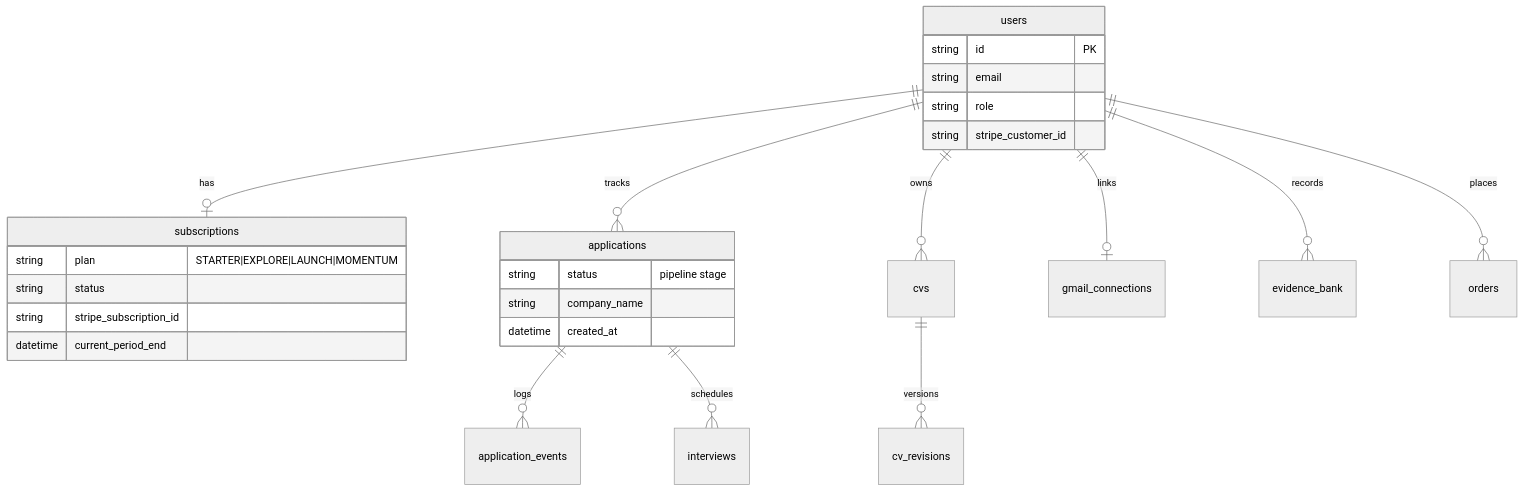
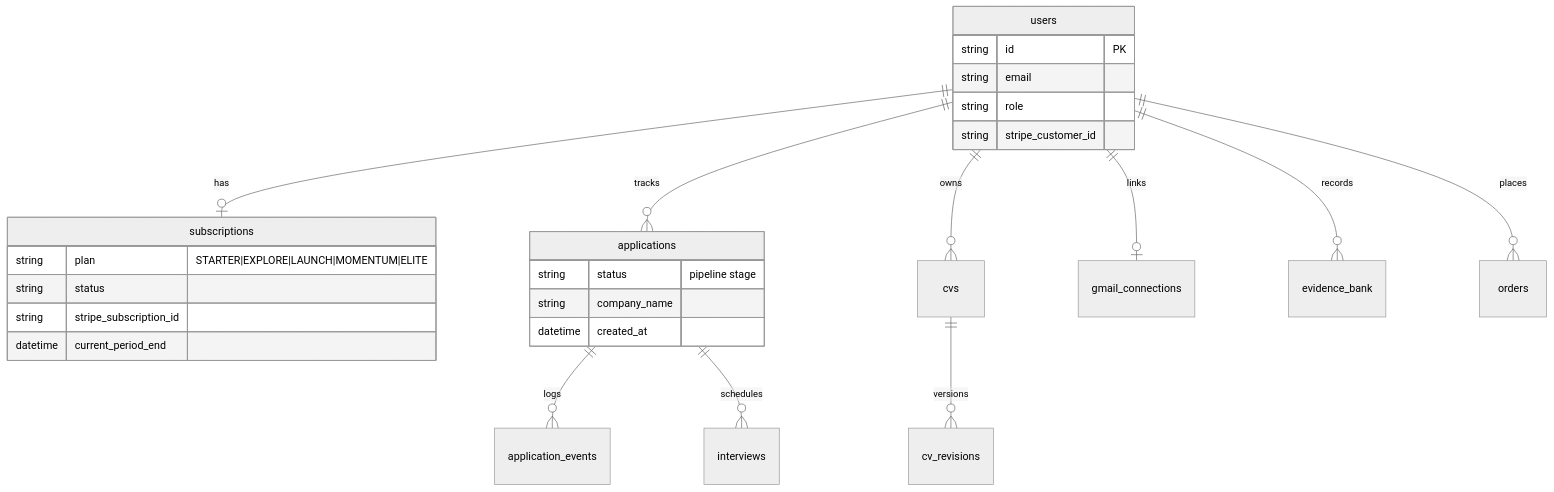
One commit to Samiksha-sudo/Campus_to_corporate changed the fifth of 5 diagrams in README.md. Above: the diagram before and after it, drawn with Mermaid (neutral theme). The commit also changed other lines of this file and 35 other files, not shown here.

````diff
--- a/README.md
+++ b/README.md
@@ -136,29 +139,29 @@
 ```mermaid
 erDiagram
     users ||--o| subscriptions : has
     users ||--o{ applications : tracks
     users ||--o{ cvs : owns
     users ||--o| gmail_connections : links
     users ||--o{ evidence_bank : records
     users ||--o{ orders : places
     applications ||--o{ application_events : logs
     applications ||--o{ interviews : schedules
     cvs ||--o{ cv_revisions : versions
     users {
       string id PK
       string email
       string role
       string stripe_customer_id
     }
     subscriptions {
-      string plan "STARTER|EXPLORE|LAUNCH|MOMENTUM"
+      string plan "STARTER|EXPLORE|LAUNCH|MOMENTUM|ELITE"
       string status
       string stripe_subscription_id
       datetime current_period_end
     }
     applications {
       string status "pipeline stage"
       string company_name
       datetime created_at
     }
 ```
````
